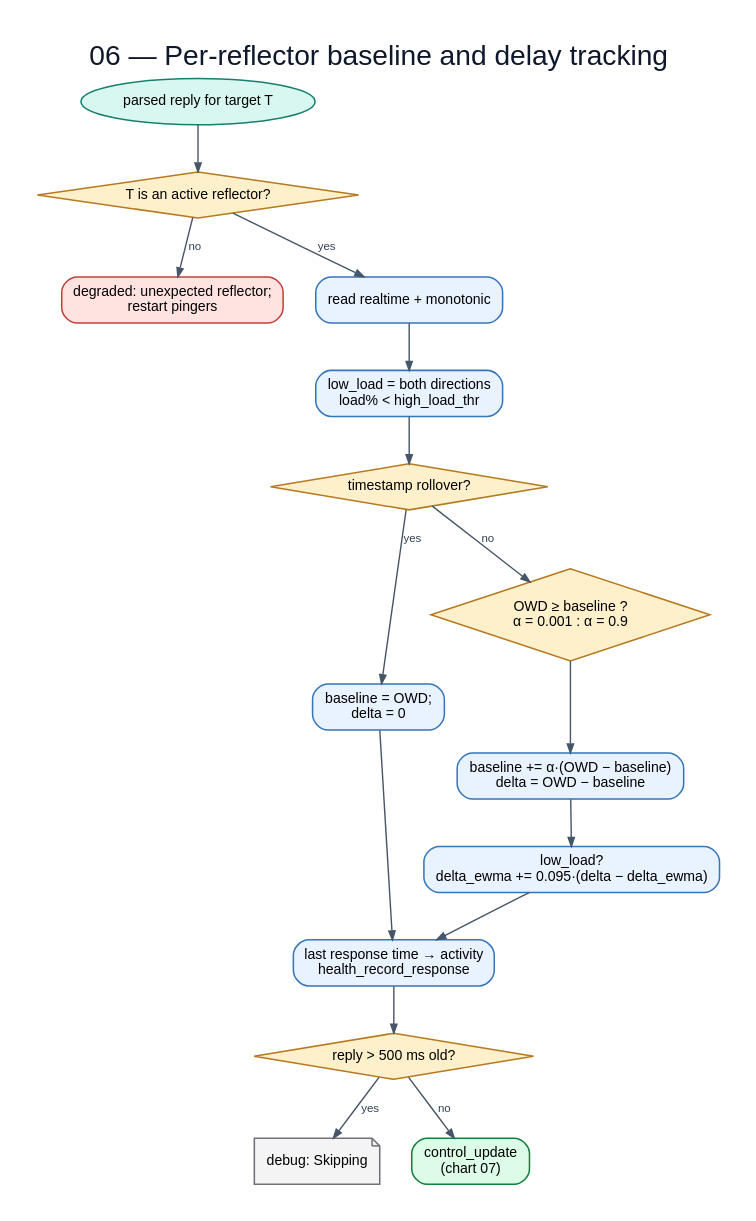
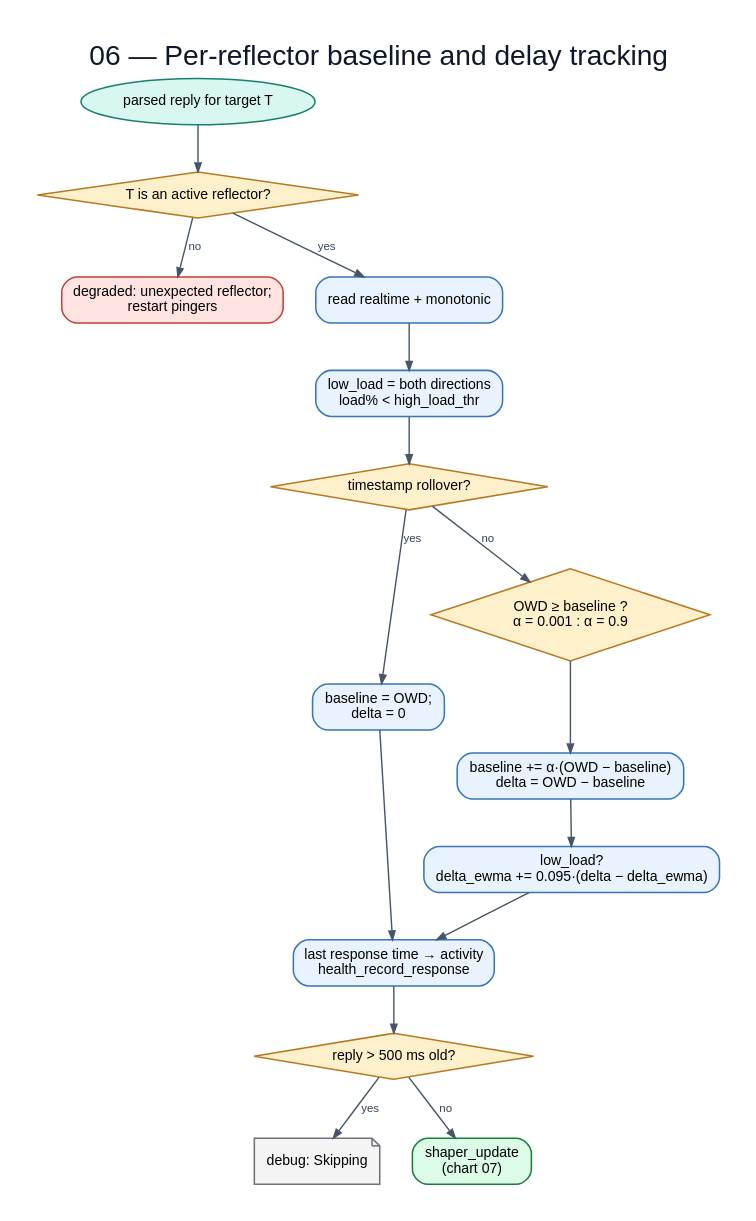
The diagram in flowchart/diagrams/06-latency-tracking.dot (huydoan94/cake-adapt), drawn with Graphviz before and after one commit. The commit also changed 186 other files, not shown here.

```diff
--- a/flowchart/diagrams/06-latency-tracking.dot
+++ b/flowchart/diagrams/06-latency-tracking.dot
@@ -1,33 +1,33 @@
 digraph G {
   graph [rankdir=TB,bgcolor="white",pad="0.30",nodesep="0.35",ranksep="0.48",splines=polyline,fontname="Arial",label="06 — Per-reflector baseline and delay tracking",labelloc=t,fontsize=22,fontcolor="#0f172a"];
   node [fontname="Arial",fontsize=11,margin="0.14,0.09",penwidth=1.2];
   edge [fontname="Arial",fontsize=9,color="#475569",fontcolor="#334155",arrowsize=0.7,penwidth=1.1];
   sample [label="parsed reply for target T",shape=oval,style="filled",fillcolor="#d9f7f1",color="#17806d"];
   active [label="T is an active reflector?",shape=diamond,style="filled",fillcolor="#fff0cc",color="#b7791f"];
   unknown [label="degraded: unexpected reflector;\nrestart pingers",shape=box,style="rounded,filled",fillcolor="#ffe3e0",color="#c2413b"];
   clock [label="read realtime + monotonic",shape=box,style="rounded,filled",fillcolor="#e9f2ff",color="#3676b9"];
   load [label="low_load = both directions\nload% < high_load_thr",shape=box,style="rounded,filled",fillcolor="#e9f2ff",color="#3676b9"];
   rollover [label="timestamp rollover?",shape=diamond,style="filled",fillcolor="#fff0cc",color="#b7791f"];
   reset [label="baseline = OWD;\ndelta = 0",shape=box,style="rounded,filled",fillcolor="#e9f2ff",color="#3676b9"];
   alpha [label="OWD ≥ baseline ?\nα = 0.001 : α = 0.9",shape=diamond,style="filled",fillcolor="#fff0cc",color="#b7791f"];
   base [label="baseline += α·(OWD − baseline)\ndelta = OWD − baseline",shape=box,style="rounded,filled",fillcolor="#e9f2ff",color="#3676b9"];
   ewma [label="low_load?\ndelta_ewma += 0.095·(delta − delta_ewma)",shape=box,style="rounded,filled",fillcolor="#e9f2ff",color="#3676b9"];
   health [label="last response time → activity\nhealth_record_response",shape=box,style="rounded,filled",fillcolor="#e9f2ff",color="#3676b9"];
   stale [label="reply > 500 ms old?",shape=diamond,style="filled",fillcolor="#fff0cc",color="#b7791f"];
   skip [label="debug: Skipping",shape=note,style="filled",fillcolor="#f4f4f5",color="#71717a"];
-  controller [label="control_update\n(chart 07)",shape=box,style="rounded,filled,bold",fillcolor="#dcfce7",color="#15803d"];
+  controller [label="shaper_update\n(chart 07)",shape=box,style="rounded,filled,bold",fillcolor="#dcfce7",color="#15803d"];
   sample -> active;
   active -> unknown [label="no"];
   active -> clock [label="yes"];
   clock -> load;
   load -> rollover;
   rollover -> reset [label="yes"];
   rollover -> alpha [label="no"];
   alpha -> base;
   base -> ewma;
   reset -> health;
   ewma -> health;
   health -> stale;
   stale -> skip [label="yes"];
   stale -> controller [label="no"];
 }
```
